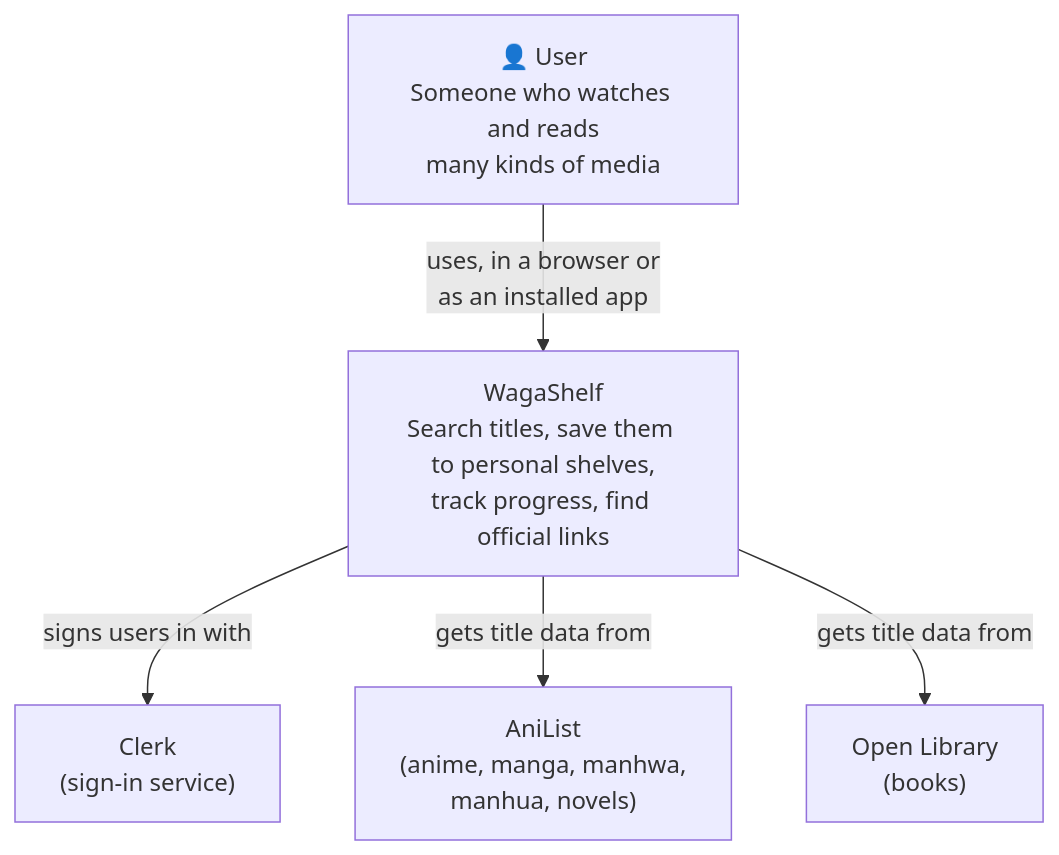
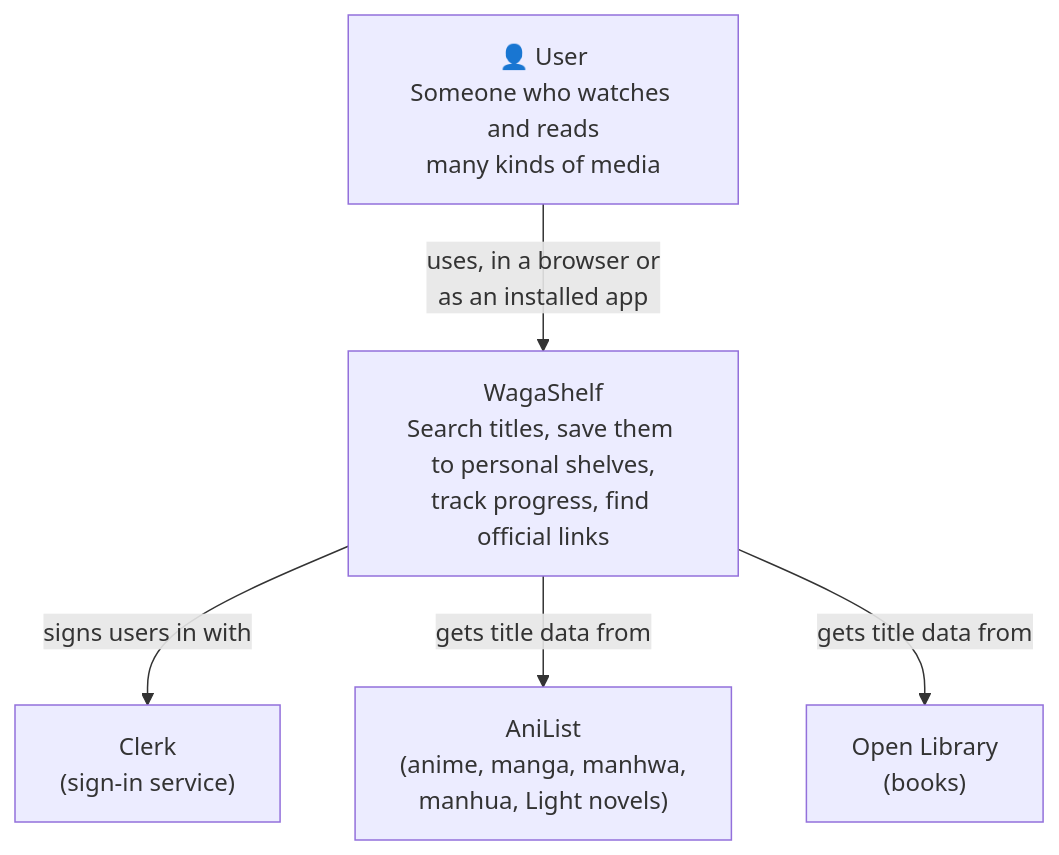
One commit to obich1/WagaShelf changed the first of 3 diagrams in docs/architecture.md. Above: the diagram before and after it, drawn with Mermaid. The commit also changed 3 other files, not shown here.

Commit message:
Rename Novels to Light Novels

````diff
--- a/docs/architecture.md
+++ b/docs/architecture.md
@@ -10,13 +10,13 @@
 ```mermaid
 flowchart TB
     user["👤 User<br/>Someone who watches and reads<br/>many kinds of media"]
     waga["WagaShelf<br/>Search titles, save them to personal shelves,<br/>track progress, find official links"]
     clerk["Clerk<br/>(sign-in service)"]
-    anilist["AniList<br/>(anime, manga, manhwa,<br/>manhua, novels)"]
+    anilist["AniList<br/>(anime, manga, manhwa,<br/>manhua, Light novels)"]
     openlib["Open Library<br/>(books)"]
 
     user -->|"uses, in a browser or<br/>as an installed app"| waga
     waga -->|"signs users in with"| clerk
     waga -->|"gets title data from"| anilist
     waga -->|"gets title data from"| openlib
 ```
````
